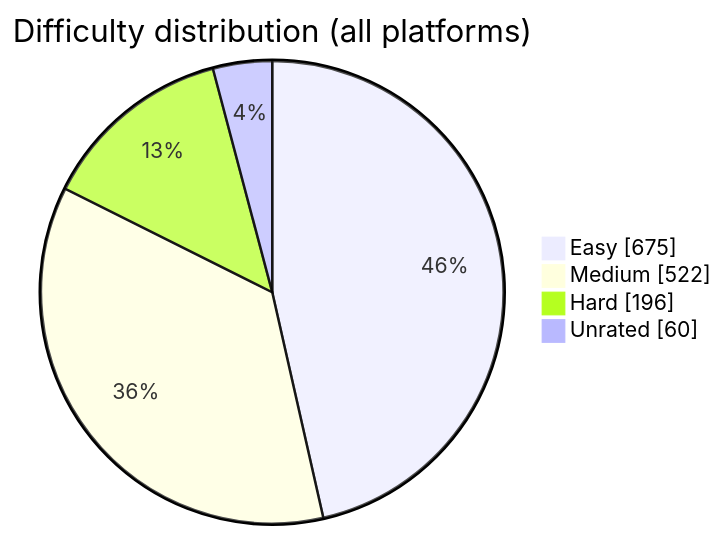
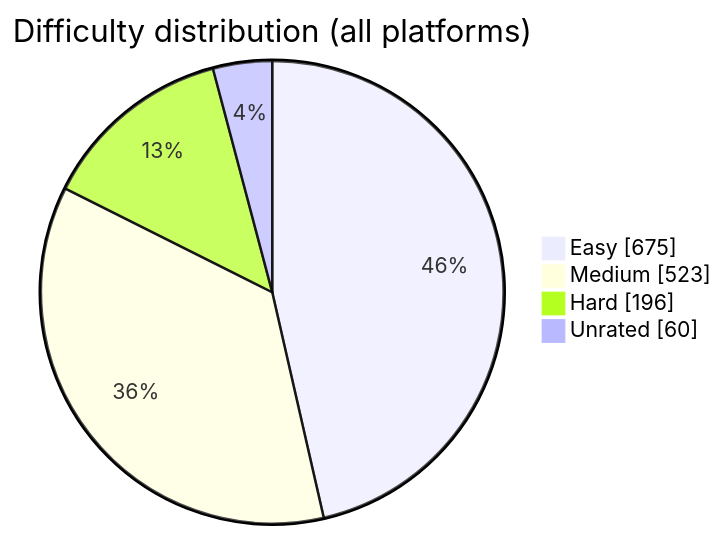
One commit to BuildbyArindam/Daily-Coding-Log changed the diagram in README.md. Above: the diagram before and after it, drawn with Mermaid. The commit also changed other lines of this file, not shown here.

````diff
--- a/README.md
+++ b/README.md
@@ -93,7 +93,7 @@
 ```mermaid
 pie showData title Difficulty distribution (all platforms)
     "Easy" : 675
-    "Medium" : 522
+    "Medium" : 523
     "Hard" : 196
     "Unrated" : 60
 ```
````
